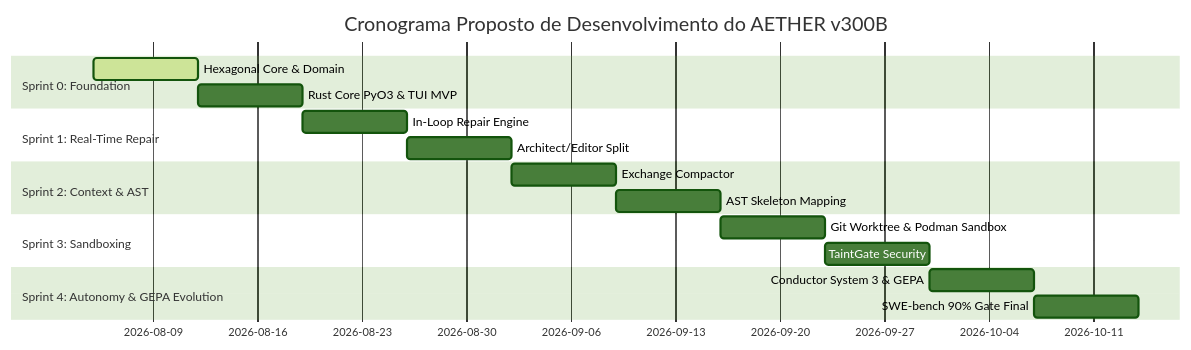
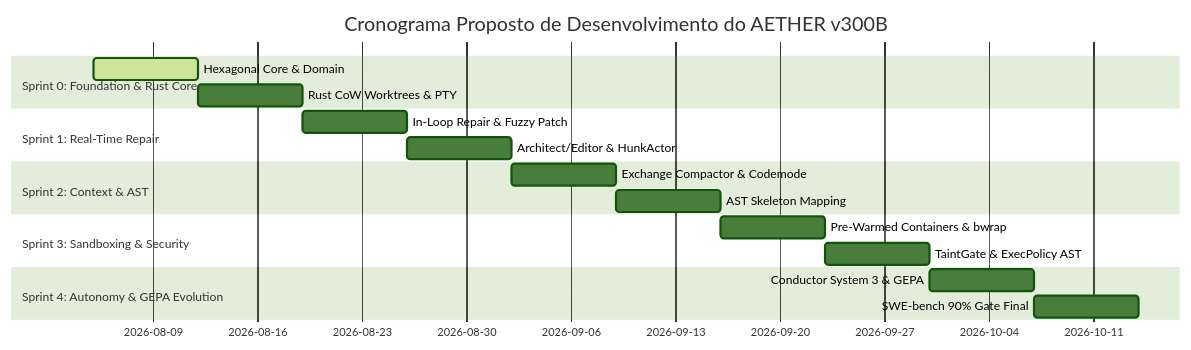
Before and after one commit to brainopensource/Harness-D-power: the first of 2 diagrams in docs/rationale/rewrite_b/rewrite_v300_roadmap_sprints_B.md, drawn with Mermaid (forest theme). The commit also changed other lines of this file and 3 other files, not shown here.

````diff
--- a/docs/rationale/rewrite_b/rewrite_v300_roadmap_sprints_B.md
+++ b/docs/rationale/rewrite_b/rewrite_v300_roadmap_sprints_B.md
@@ -37,20 +39,20 @@
 ```mermaid
 gantt
     title Cronograma Proposto de Desenvolvimento do AETHER v300B
     dateFormat  YYYY-MM-DD
-    section Sprint 0: Foundation
+    section Sprint 0: Foundation & Rust Core
     Hexagonal Core & Domain     :active, s0_1, 2026-08-05, 7d
-    Rust Core PyO3 & TUI MVP    :s0_2, after s0_1, 7d
+    Rust CoW Worktrees & PTY    :s0_2, after s0_1, 7d
     section Sprint 1: Real-Time Repair
-    In-Loop Repair Engine       :s1_1, after s0_2, 7d
-    Architect/Editor Split      :s1_2, after s1_1, 7d
+    In-Loop Repair & Fuzzy Patch:s1_1, after s0_2, 7d
+    Architect/Editor & HunkActor:s1_2, after s1_1, 7d
     section Sprint 2: Context & AST
-    Exchange Compactor          :s2_1, after s1_2, 7d
+    Exchange Compactor & Codemode:s2_1, after s1_2, 7d
     AST Skeleton Mapping        :s2_2, after s2_1, 7d
-    section Sprint 3: Sandboxing
-    Git Worktree & Podman Sandbox:s3_1, after s2_2, 7d
-    TaintGate Security          :s3_2, after s3_1, 7d
+    section Sprint 3: Sandboxing & Security
+    Pre-Warmed Containers & bwrap:s3_1, after s2_2, 7d
+    TaintGate & ExecPolicy AST  :s3_2, after s3_1, 7d
     section Sprint 4: Autonomy & GEPA Evolution
     Conductor System 3 & GEPA   :s4_1, after s3_2, 7d
     SWE-bench 90% Gate Final    :s4_2, after s4_1, 7d
 ```
````
